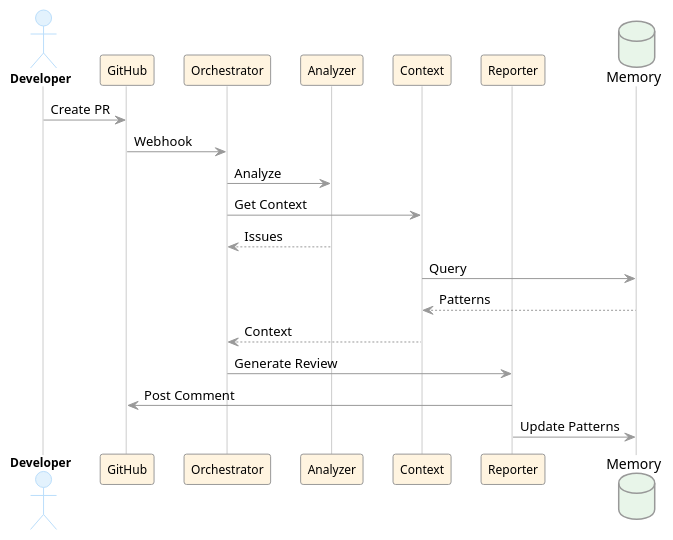
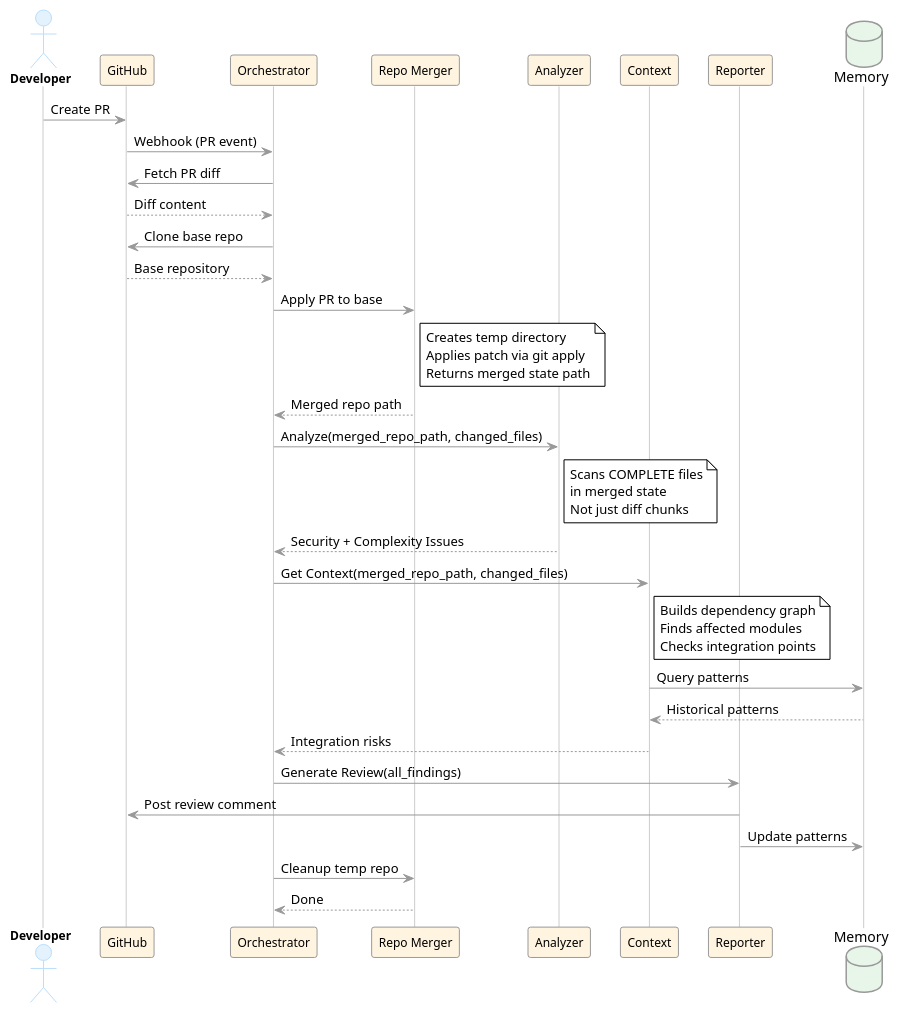
Before and after one commit to RostislavDublin/capstone: the diagram in docs/diagrams/sequence-flow.puml.md, drawn with PlantUML. The commit also changed 8 other files, not shown here.

First line of the commit message:
docs: update architecture to holistic review paradigm

````diff
--- a/docs/diagrams/sequence-flow.puml.md
+++ b/docs/diagrams/sequence-flow.puml.md
@@ -30,25 +30,54 @@
 actor Developer as dev
 participant "GitHub" as gh
 participant "Orchestrator" as orch
+participant "Repo Merger" as merger
 participant "Analyzer" as ana
 participant "Context" as ctx
 participant "Reporter" as rep
 database "Memory" as mem
 
 dev -> gh : Create PR
-gh -> orch : Webhook
+gh -> orch : Webhook (PR event)
 
-orch -> ana : Analyze
-orch -> ctx : Get Context
+orch -> gh : Fetch PR diff
+gh --> orch : Diff content
 
-ana --> orch : Issues
-ctx -> mem : Query
-mem --> ctx : Patterns
-ctx --> orch : Context
+orch -> gh : Clone base repo
+gh --> orch : Base repository
 
-orch -> rep : Generate Review
-rep -> gh : Post Comment
-rep -> mem : Update Patterns
+orch -> merger : Apply PR to base
+note right of merger
+  Creates temp directory
+  Applies patch via git apply
+  Returns merged state path
+end note
+merger --> orch : Merged repo path
+
+orch -> ana : Analyze(merged_repo_path, changed_files)
+note right of ana
+  Scans COMPLETE files
+  in merged state
+  Not just diff chunks
+end note
+ana --> orch : Security + Complexity Issues
+
+orch -> ctx : Get Context(merged_repo_path, changed_files)
+note right of ctx
+  Builds dependency graph
+  Finds affected modules
+  Checks integration points
+end note
+
+ctx -> mem : Query patterns
+mem --> ctx : Historical patterns
+ctx --> orch : Integration risks
+
+orch -> rep : Generate Review(all_findings)
+rep -> gh : Post review comment
+rep -> mem : Update patterns
+
+orch -> merger : Cleanup temp repo
+merger --> orch : Done
 
 @enduml
 ```
````
